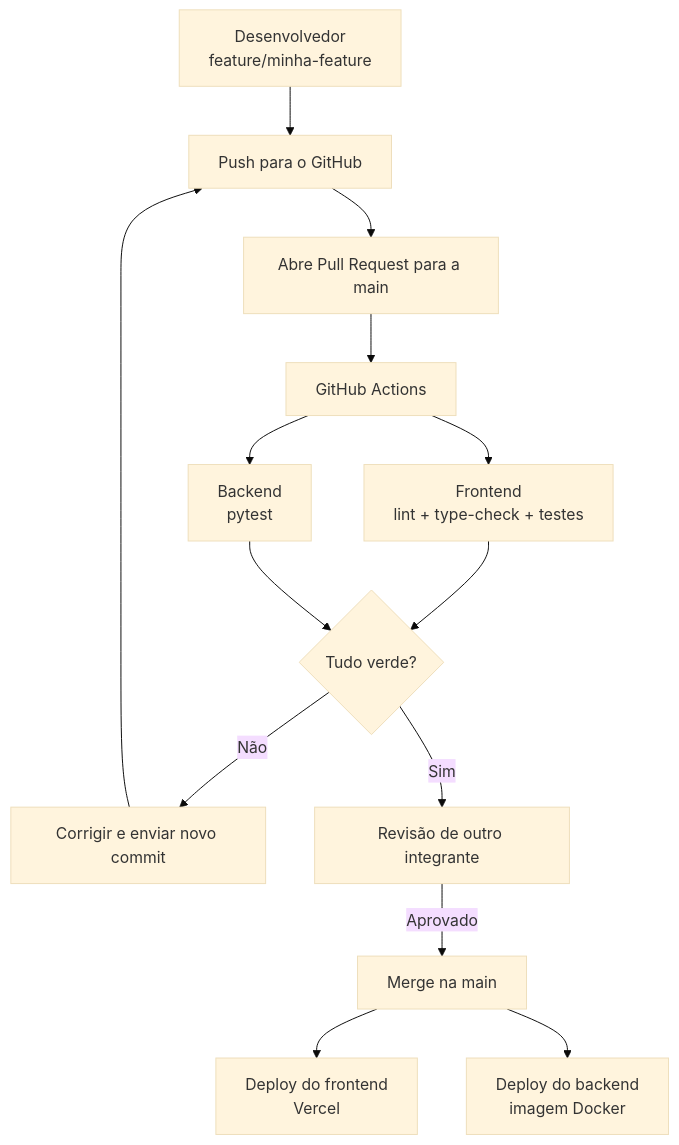
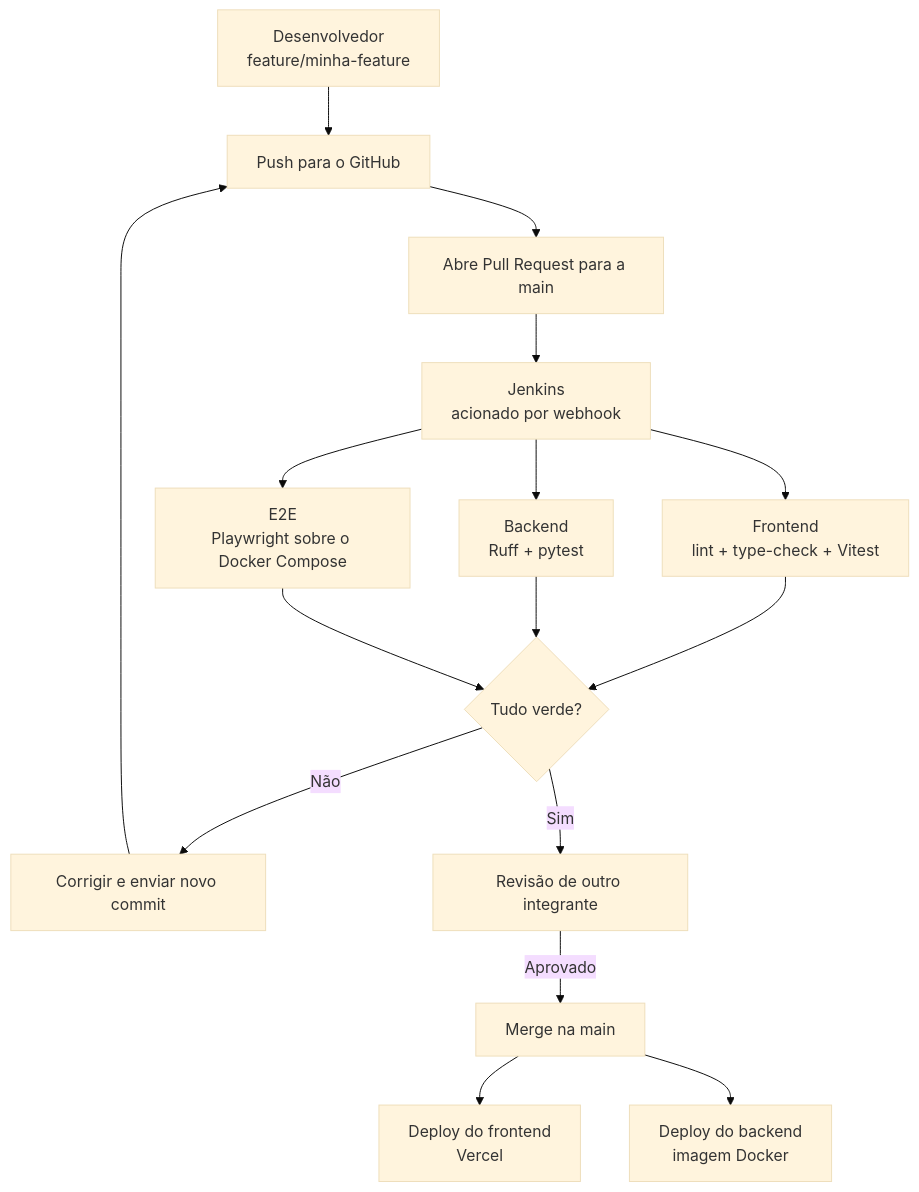
Before and after one commit to C14-Inatel-2026-2/Sistema-de-Gestao-Despesas: the third of 4 diagrams in README.md, drawn with Mermaid (base theme). The commit also changed other lines of this file, not shown here.

Commit message:
docs: add Jenkins, Alembic e Ruff na stack

````diff
--- a/README.md
+++ b/README.md
@@ -200,16 +220,18 @@
 ```mermaid
 flowchart TD
     A["Desenvolvedor<br/>feature/minha-feature"] --> B["Push para o GitHub"]
     B --> C["Abre Pull Request para a main"]
-    C --> D["GitHub Actions"]
-    D --> E["Frontend<br/>lint + type-check + testes"]
-    D --> F["Backend<br/>pytest"]
+    C --> D["Jenkins<br/>acionado por webhook"]
+    D --> E["Frontend<br/>lint + type-check + Vitest"]
+    D --> F["Backend<br/>Ruff + pytest"]
+    D --> M["E2E<br/>Playwright sobre o Docker Compose"]
     E --> G{"Tudo verde?"}
     F --> G
+    M --> G
     G -->|"Não"| H["Corrigir e enviar novo commit"]
     H --> B
-    G -->|Sim| I["Revisão de outro integrante"]
-    I -->|Aprovado| J["Merge na main"]
+    G -->|"Sim"| I["Revisão de outro integrante"]
+    I -->|"Aprovado"| J["Merge na main"]
     J --> K["Deploy do frontend<br/>Vercel"]
     J --> L["Deploy do backend<br/>imagem Docker"]
 ```
````
